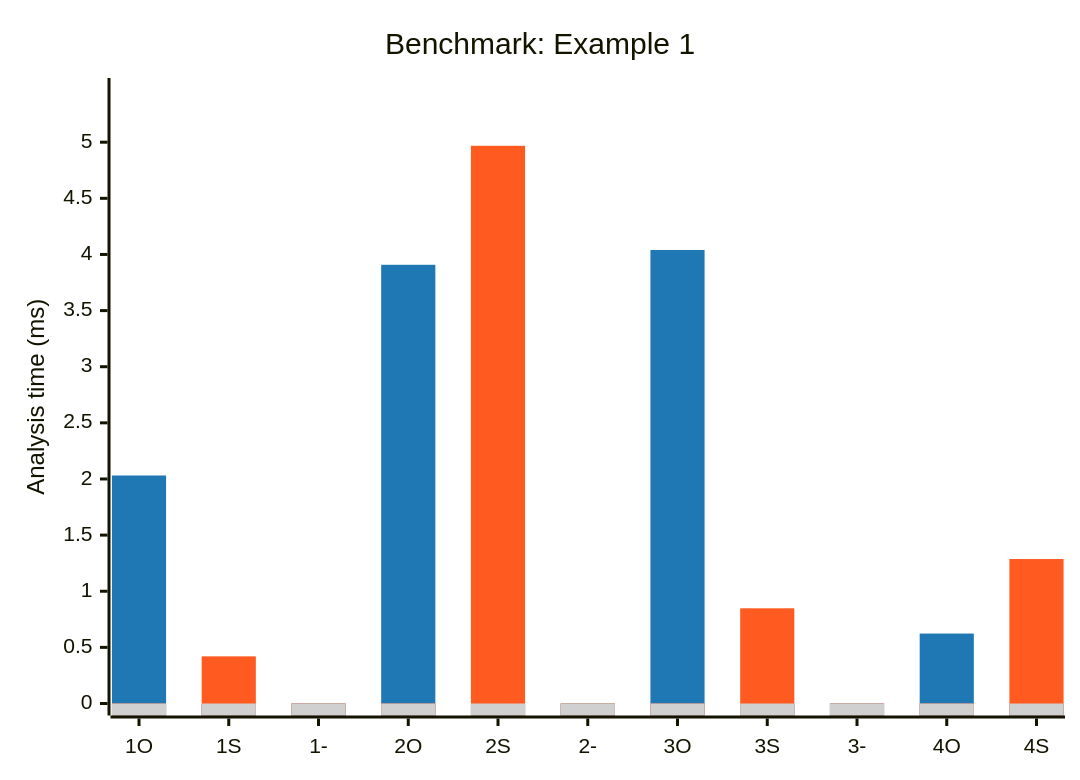
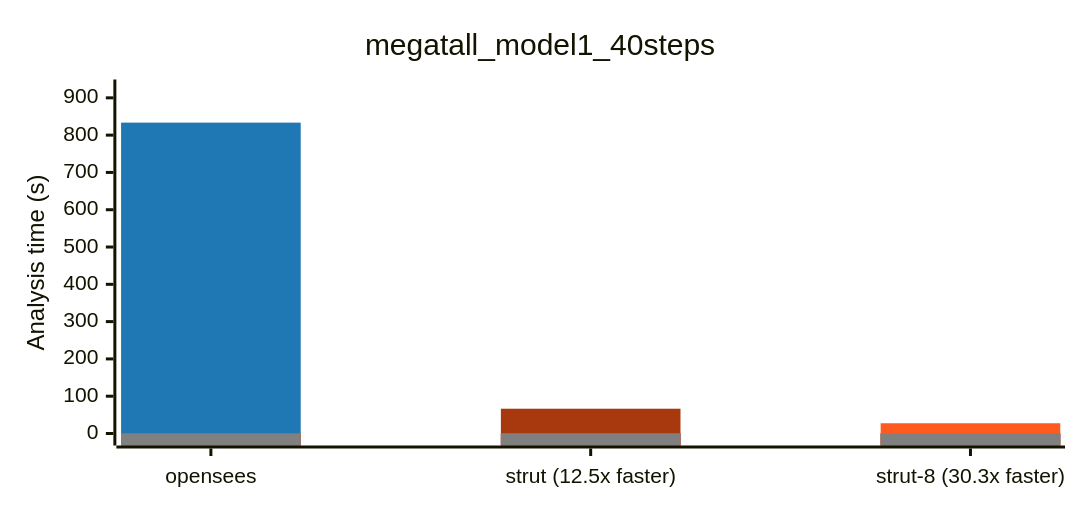
The first of 5 diagrams in docs/benchmark-opensees-examples.md (NathanaelRea/Strut), drawn with Mermaid before and after one commit. The commit also changed other lines of this file and 79 other files, not shown here.

````diff
--- a/docs/benchmark-opensees-examples.md
+++ b/docs/benchmark-opensees-examples.md
@@ -7,15 +23,18 @@
 ```mermaid
 ---
 config:
+  xyChart:
+    height: 320
   themeVariables:
     xyChart:
-      plotColorPalette: '#1f77b4, #FF5A1F, #d0d0d0'
+      plotColorPalette: '#1f77b4, #a8390f, #FF5A1F, #808080'
 ---
 xychart-beta
-    title "Benchmark: Example 1"
-    x-axis ["1O", "1S", "1-", "2O", "2S", "2-", "3O", "3S", "3-", "4O", "4S"]
-    y-axis "Analysis time (ms)" 0 --> 5.465
-    bar "OS" [2.031, 0.0, 0.0, 3.908, 0.0, 0.0, 4.040, 0.0, 0.0, 0.623, 0.0]
-    bar "STR" [0.0, 0.420, 0.0, 0.0, 4.968, 0.0, 0.0, 0.848, 0.0, 0.0, 1.287]
-    bar "mask" [0.0, 0.0, 0.0, 0.0, 0.0, 0.0, 0.0, 0.0, 0.0, 0.0, 0.0]
+    title "megatall_model1_40steps"
+    x-axis ["opensees", "strut (12.5x faster)", "strut-8 (30.3x faster)"]
+    y-axis "Analysis time (s)" 0 --> 917
+    bar [833.530, 0, 0]
+    bar [0, 66.435, 0]
+    bar [0, 0, 27.474]
+    bar [0, 0, 0]
 ```
````
